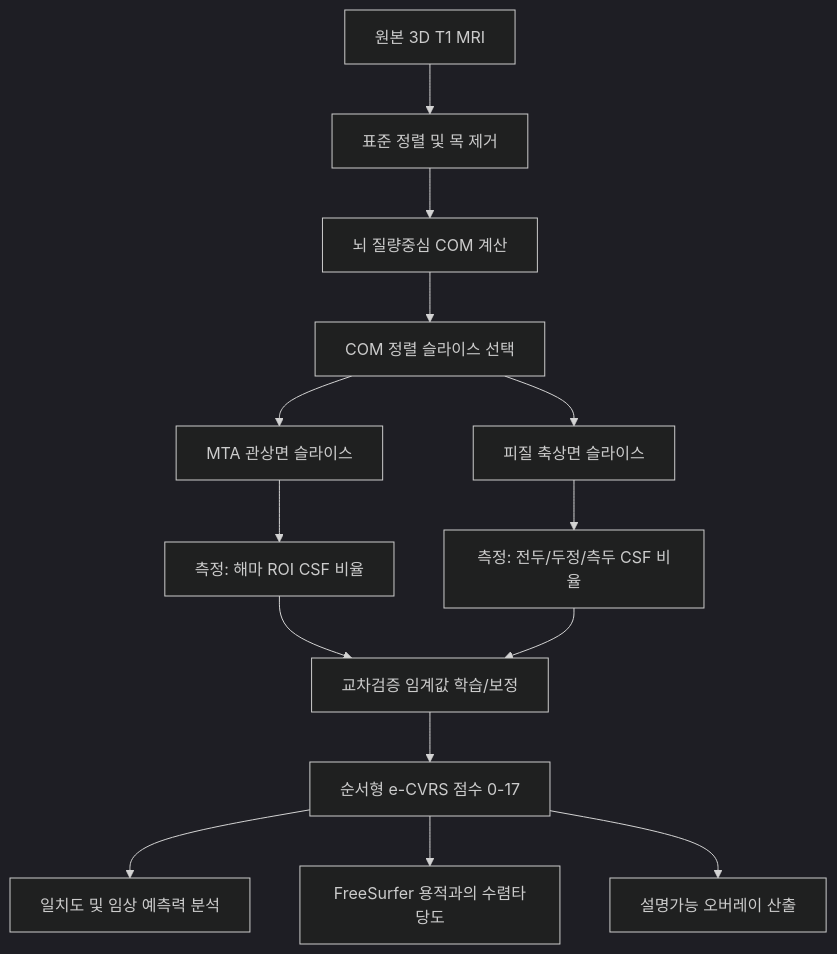
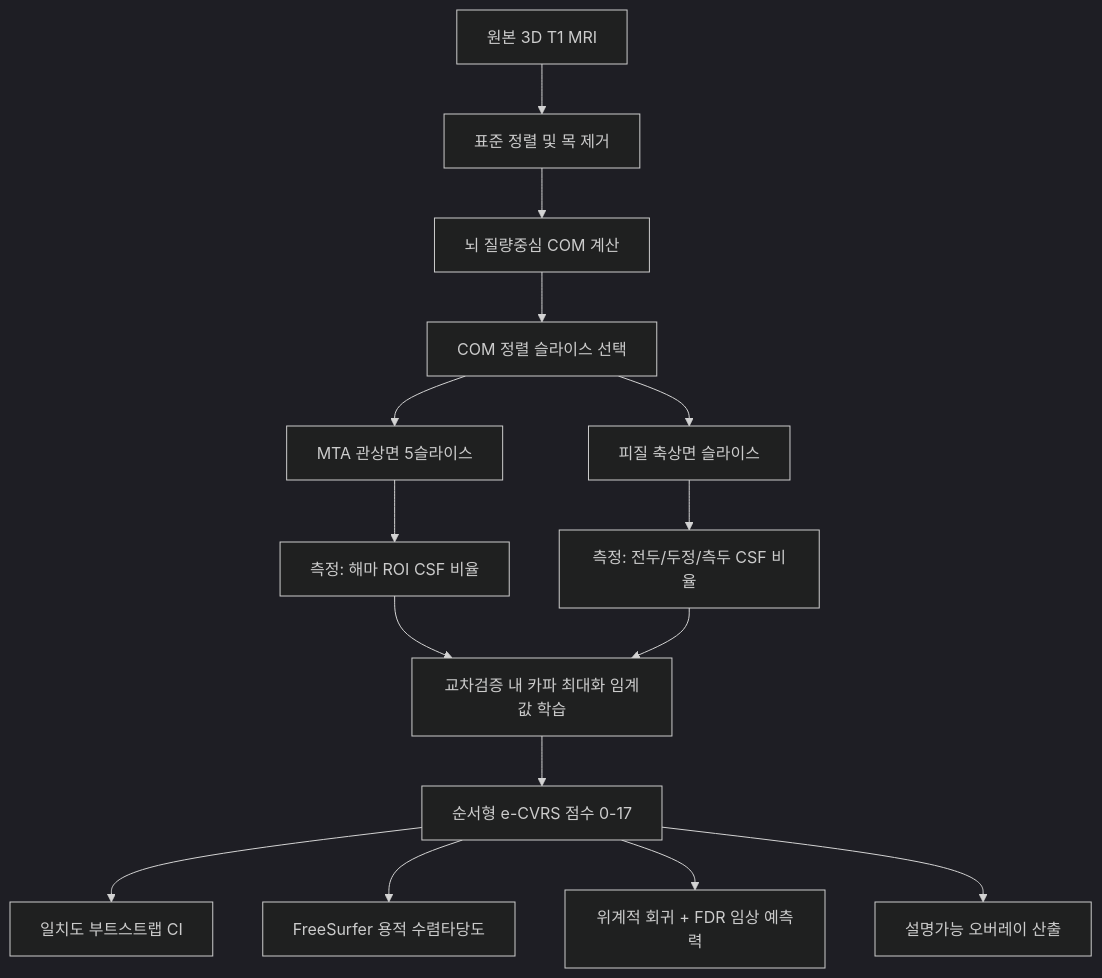
Before and after one commit to neudoc/e-CVRS: the diagram in research_protocol.md, drawn with Mermaid (dark theme). The commit also changed other lines of this file and 5 other files, not shown here.

````diff
--- a/research_protocol.md
+++ b/research_protocol.md
@@ -61,16 +69,17 @@
 ```mermaid
 graph TD
     A[원본 3D T1 MRI] --> B[표준 정렬 및 목 제거]
     B --> C[뇌 질량중심 COM 계산]
     C --> D[COM 정렬 슬라이스 선택]
-    D --> E1[MTA 관상면 슬라이스]
+    D --> E1[MTA 관상면 5슬라이스]
     D --> E2[피질 축상면 슬라이스]
     E1 --> F1[측정: 해마 ROI CSF 비율]
     E2 --> F2[측정: 전두/두정/측두 CSF 비율]
-    F1 --> G[교차검증 임계값 학습/보정]
+    F1 --> G[교차검증 내 카파 최대화 임계값 학습]
     F2 --> G
     G --> H[순서형 e-CVRS 점수 0-17]
-    H --> I[일치도 및 임상 예측력 분석]
-    H --> J[FreeSurfer 용적과의 수렴타당도]
-    H --> K[설명가능 오버레이 산출]
+    H --> I[일치도 부트스트랩 CI]
+    H --> J[FreeSurfer 용적 수렴타당도]
+    H --> K[위계적 회귀 + FDR 임상 예측력]
+    H --> L[설명가능 오버레이 산출]
 ```
````
